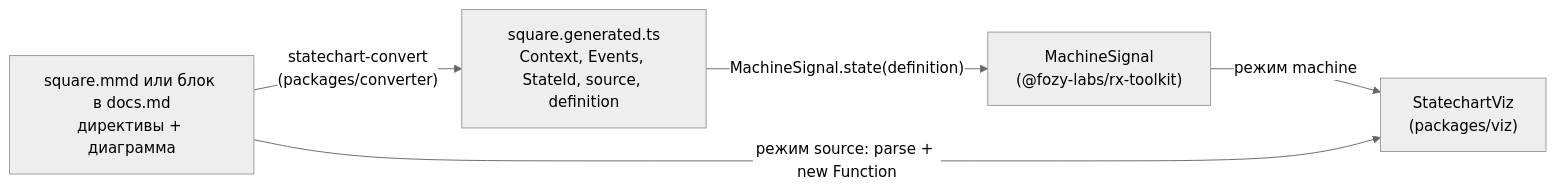
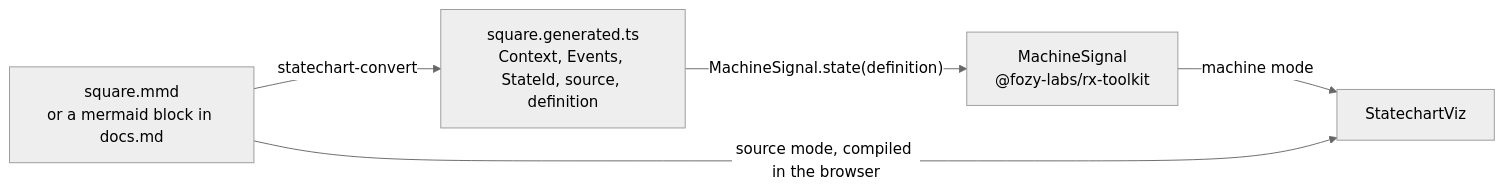
Before and after one commit to fozy-labs/statechart: the diagram in README.md, drawn with Mermaid (neutral theme). The commit also changed other lines of this file and 5 other files, not shown here.

````diff
--- a/README.md
+++ b/README.md
@@ -23,8 +22,12 @@
 ```mermaid
 flowchart LR
-    MMD["square.mmd или блок в docs.md<br/>директивы + диаграмма"]
-    MMD -- "statechart-convert<br/>(packages/converter)" --> GEN["square.generated.ts<br/>Context, Events, StateId, source, definition"]
-    GEN -- "MachineSignal.state(definition)" --> RT["MachineSignal<br/>(@fozy-labs/rx-toolkit)"]
-    RT -- "режим machine" --> VIZ["StatechartViz<br/>(packages/viz)"]
-    MMD -- "режим source: parse + new Function" --> VIZ
+    SRC["square.mmd<br/>or a mermaid block in docs.md"]
+    GEN["square.generated.ts<br/>Context, Events, StateId, source, definition"]
+    RT["MachineSignal<br/>@fozy-labs/rx-toolkit"]
+    VIZ["StatechartViz"]
+
+    SRC -- "statechart-convert" --> GEN
+    GEN -- "MachineSignal.state(definition)" --> RT
+    RT -- "machine mode" --> VIZ
+    SRC -- "source mode, compiled in the browser" --> VIZ
 ```
````
